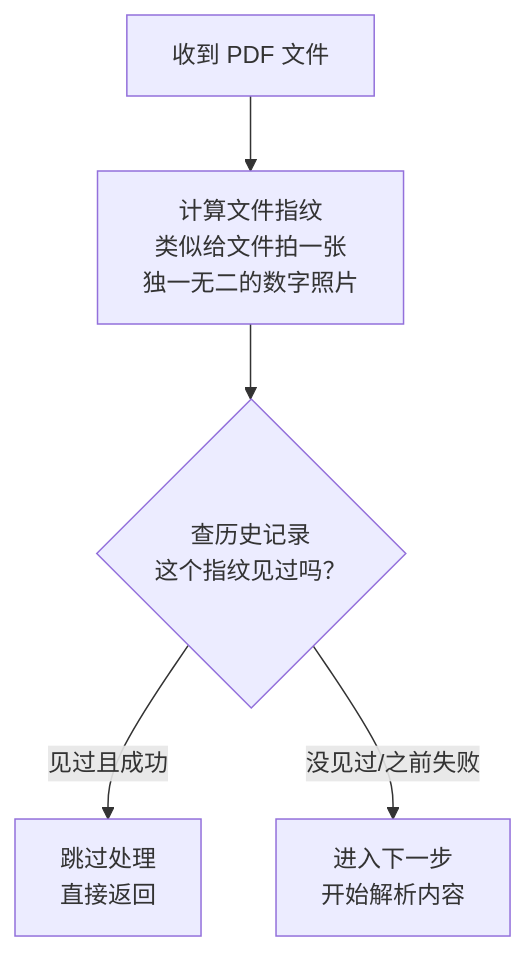
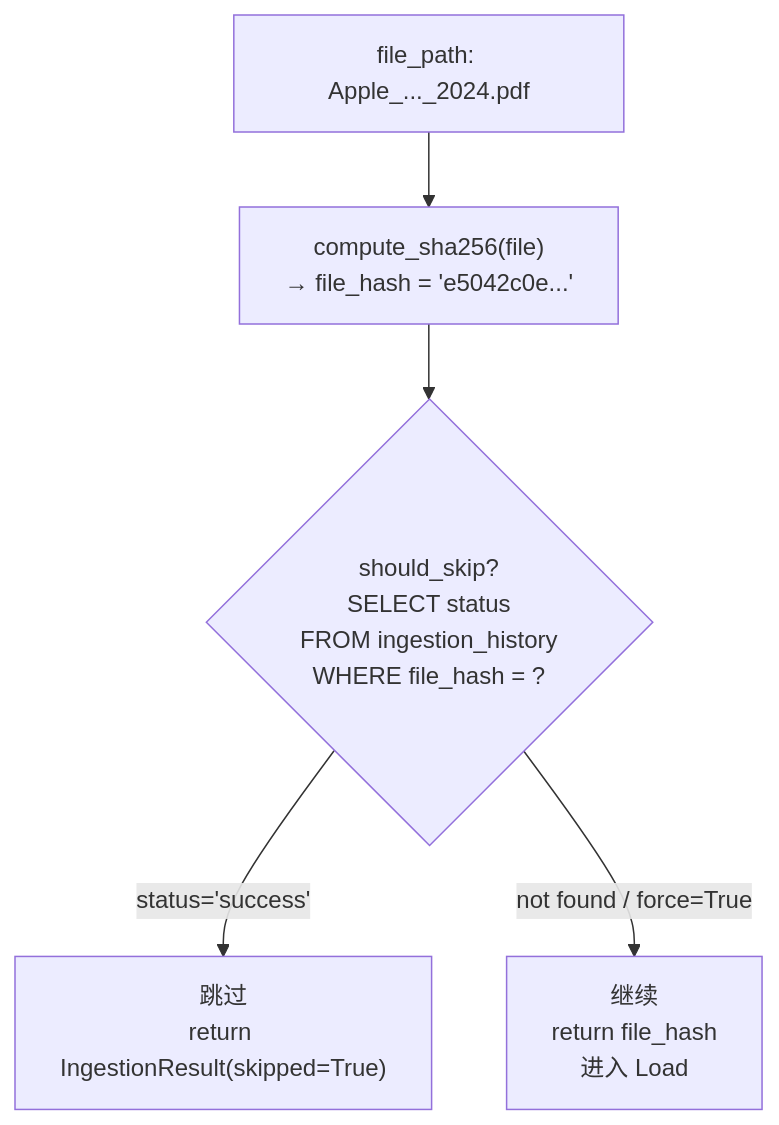
The third of 10 diagrams in docs/INGESTION_PIPELINE.md (kidoom/RAG-MCP), drawn with Mermaid before and after one commit. The commit also changed other lines of this file and 1 other file, not shown here.

````diff
--- a/docs/INGESTION_PIPELINE.md
+++ b/docs/INGESTION_PIPELINE.md
@@ -167,7 +115,12 @@
 ```mermaid
 graph TD
-    A["收到 PDF 文件"] --> B["计算文件指纹\n类似给文件拍一张\n独一无二的数字照片"]
-    B --> C{"查历史记录\n这个指纹见过吗？"}
-    C -->|"见过且成功"| D["跳过处理\n直接返回"]
-    C -->|"没见过/之前失败"| E["进入下一步\n开始解析内容"]
+    A["file_path: Apple_..._2024.pdf"]
+    B["compute_sha256(file)\n→ file_hash = 'e5042c0e...'"]
+    C{"should_skip?<br/>SELECT status<br/>FROM ingestion_history<br/>WHERE file_hash = ?"}
+    D["跳过\nreturn IngestionResult(skipped=True)"]
+    E["继续\nreturn file_hash\n进入 Load"]
+
+    A --> B --> C
+    C -->|"status='success'"| D
+    C -->|"not found / force=True"| E
 ```
````
